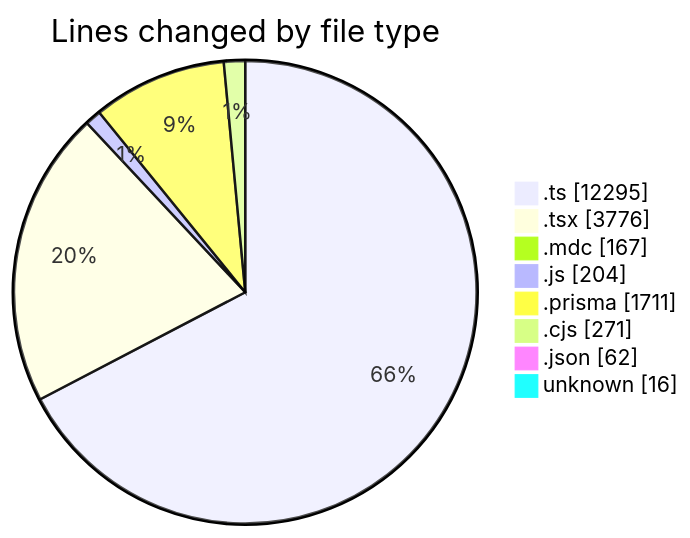
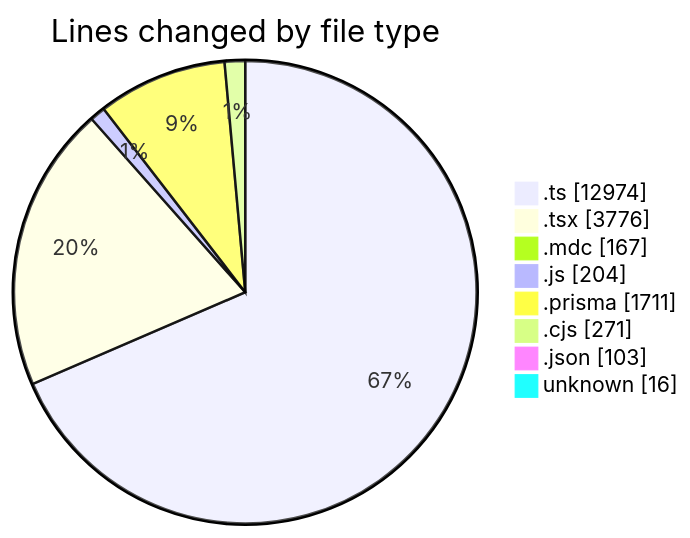
The first of 2 diagrams in 2025-06-06/ecodeli-1/README.md (CELIANVF/code-tracking), drawn with Mermaid before and after one commit. The commit also changed other lines of this file and 1 other file, not shown here.

````diff
--- a/2025-06-06/ecodeli-1/README.md
+++ b/2025-06-06/ecodeli-1/README.md
@@ -72,12 +79,12 @@
 ```mermaid
 pie showData
 title Lines changed by file type
-".ts" : 12295
+".ts" : 12974
 ".tsx" : 3776
 ".mdc" : 167
 ".js" : 204
 ".prisma" : 1711
 ".cjs" : 271
-".json" : 62
+".json" : 103
 "unknown" : 16
 ```
````
